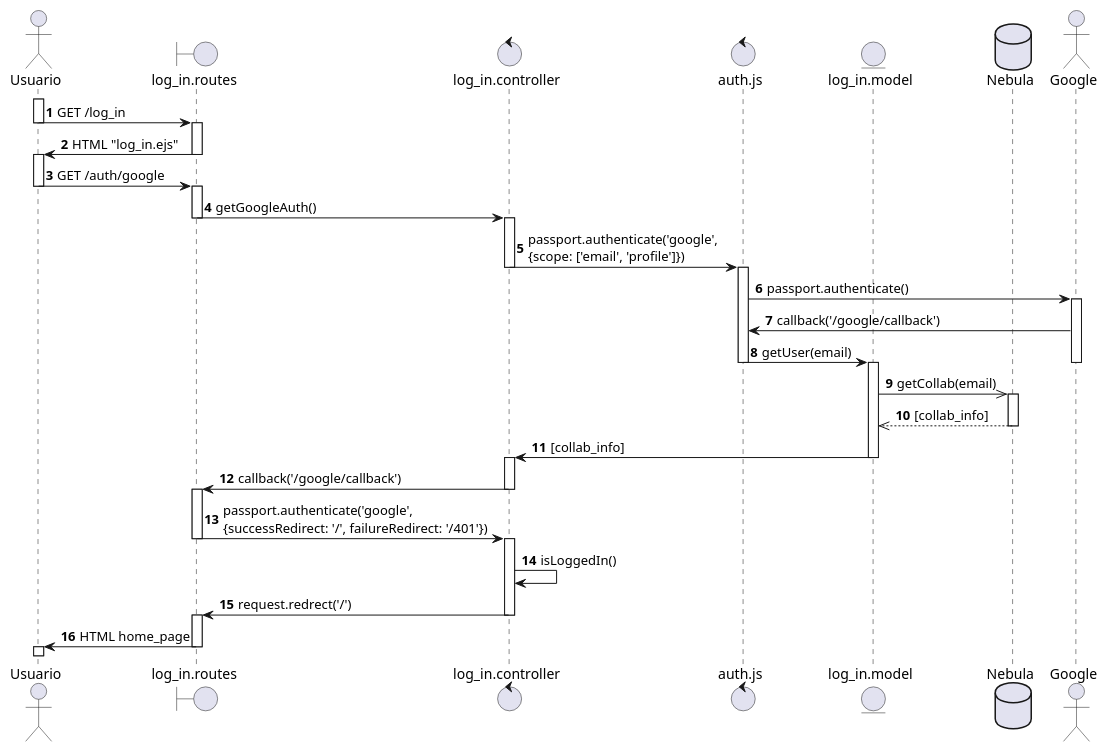
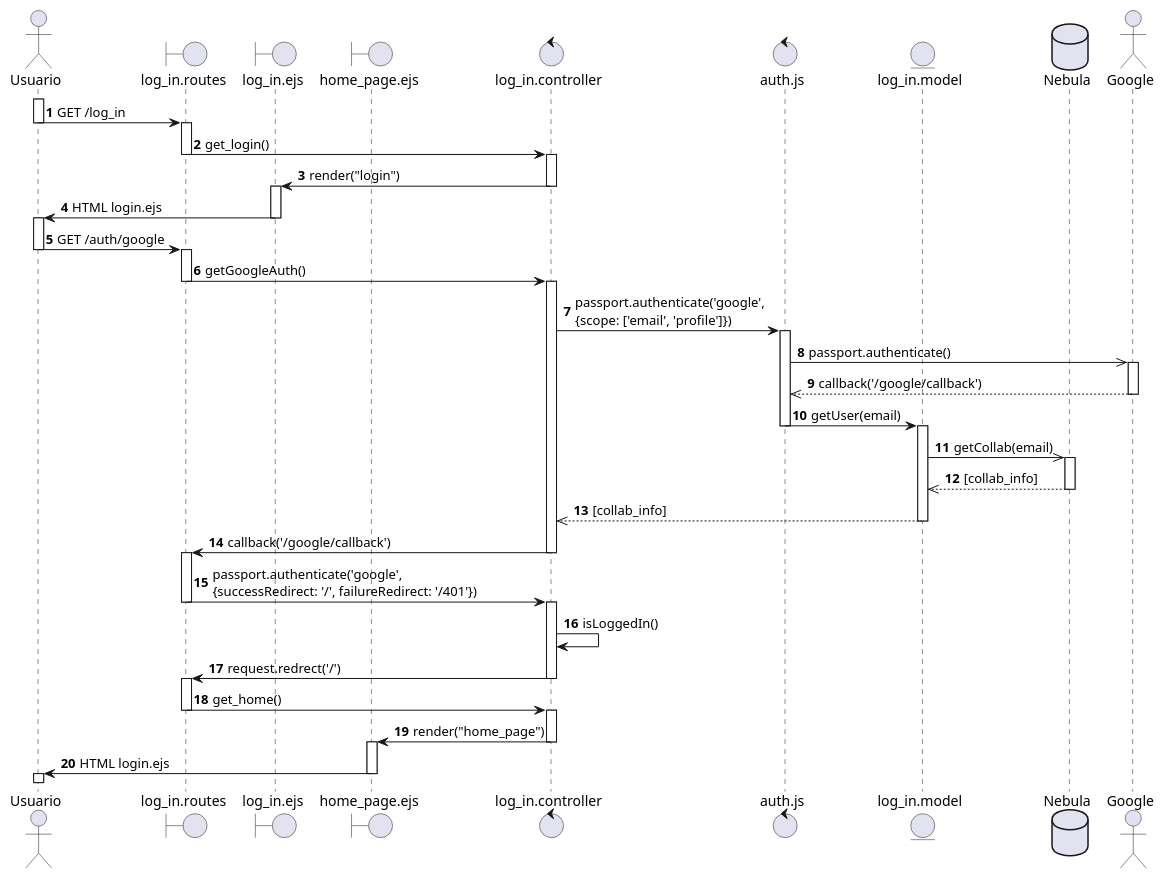
Before and after one commit to SALV19/Nebula_tc2005b: the diagram in diagramas_secuencia/user_auth_google.puml, drawn with PlantUML. The commit also changed 5 other files, not shown here.

Commit message:
[FIX] uml diagrams user_auth

```diff
--- a/diagramas_secuencia/user_auth_google.puml
+++ b/diagramas_secuencia/user_auth_google.puml
@@ -1,63 +1,75 @@
 @startuml Prueba
 autonumber
 actor Usuario as u
 boundary log_in.routes as lgr
+boundary log_in.ejs as lge
+boundary home_page.ejs as h
 control log_in.controller as lgc
 control auth.js as auth
 entity log_in.model as lgm
 database Nebula as db
 actor Google
 
 activate u
 u -> lgr : GET /log_in
 deactivate u
 
 activate lgr
-lgr -> u : HTML "log_in.ejs"
+lgr -> lgc : get_login()
 deactivate lgr
+activate lgc
+lgc -> lge : render("login")
+deactivate lgc
+activate lge
+lge -> u : HTML login.ejs
+deactivate lge 
 
 activate u
 u -> lgr : GET /auth/google 
 deactivate u
 
 activate lgr
 lgr -> lgc : getGoogleAuth()
 deactivate lgr
 activate lgc
 lgc -> auth : passport.authenticate('google', \n{scope: ['email', 'profile']})
-deactivate lgc
 activate auth
-auth -> Google : passport.authenticate()
+auth ->> Google : passport.authenticate()
 activate Google
-Google -> auth : callback('/google/callback')
+Google -->> auth : callback('/google/callback')
+deactivate Google
 auth -> lgm : getUser(email)
-deactivate Google
 deactivate auth
 activate lgm
 lgm ->> db : getCollab(email)
 activate db
 db -->> lgm : [collab_info]
 deactivate db
-lgm -> lgc: [collab_info]
+lgm -->> lgc: [collab_info]
 deactivate lgm
-activate lgc
 lgc -> lgr : callback('/google/callback')
 deactivate lgc
 
 activate lgr
 lgr -> lgc : passport.authenticate('google', \n{successRedirect: '/', failureRedirect: '/401'})
 deactivate lgr
 activate lgc
 lgc -> lgc : isLoggedIn()
 lgc -> lgr : request.redrect('/')
 deactivate lgc
 activate lgr
-lgr -> u : HTML home_page
+lgr -> lgc : get_home()
 deactivate lgr
+activate lgc
+lgc -> h : render("home_page")
+deactivate lgc
+activate h
+h -> u : HTML login.ejs
+deactivate h 
 
 
 
 
 activate u
 
 @enduml
```
